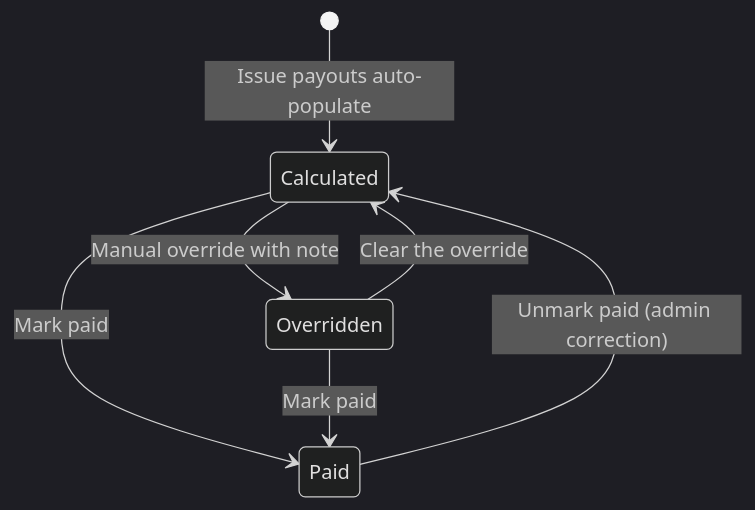
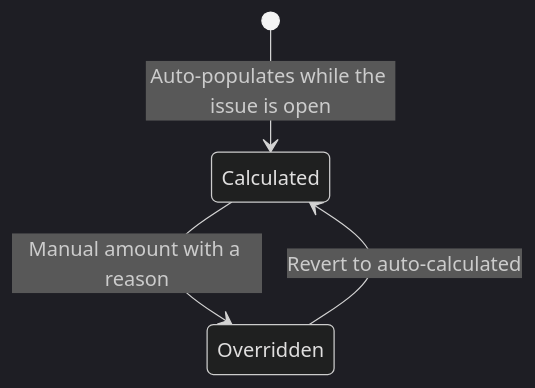
One commit to uwblueprint/beach-metro changed the second of 10 diagrams in docs/finances_flow_v1.md. Above: the diagram before and after it, drawn with Mermaid (dark theme). The commit also changed other lines of this file, not shown here.

````diff
--- a/docs/finances_flow_v1.md
+++ b/docs/finances_flow_v1.md
@@ -69,9 +72,6 @@
 ```mermaid
 stateDiagram-v2
-    [*] --> Calculated: Issue payouts auto-populate
-    Calculated --> Overridden: Manual override with note
-    Overridden --> Calculated: Clear the override
-    Calculated --> Paid: Mark paid
-    Overridden --> Paid: Mark paid
-    Paid --> Calculated: Unmark paid (admin correction)
+    [*] --> Calculated: Auto-populates while the issue is open
+    Calculated --> Overridden: Manual amount with a reason
+    Overridden --> Calculated: Revert to auto-calculated
 ```
````
